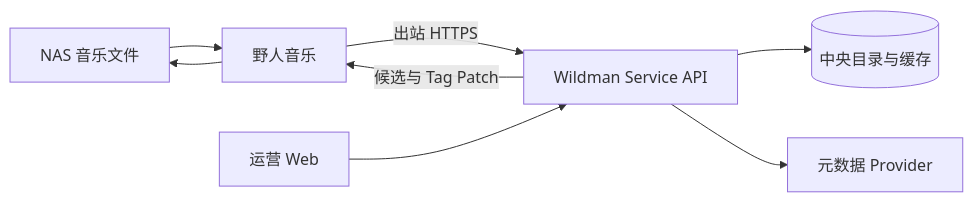
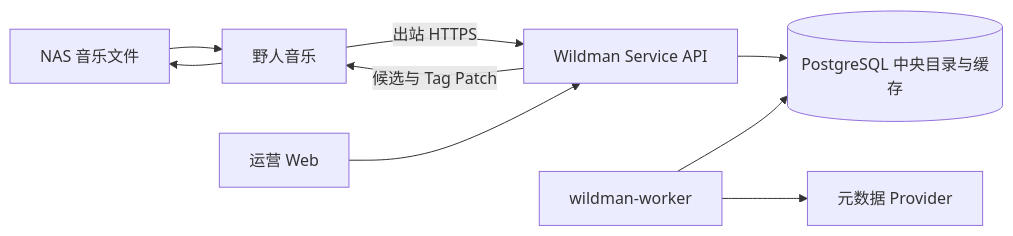
One commit to penkiKi/wildman-service changed the diagram in docs/ARCHITECTURE.md. Above: the diagram before and after it, drawn with Mermaid. The commit also changed other lines of this file and 33 other files, not shown here.

````diff
--- a/docs/ARCHITECTURE.md
+++ b/docs/ARCHITECTURE.md
@@ -7,10 +7,11 @@
 ```mermaid
 flowchart LR
     Files["NAS 音乐文件"] --> WM["野人音乐"]
     WM -->|"出站 HTTPS"| API["Wildman Service API"]
     Operator["运营 Web"] --> API
-    API --> DB[("中央目录与缓存")]
-    API --> Provider["元数据 Provider"]
+    API --> DB[("PostgreSQL 中央目录与缓存")]
+    Worker["wildman-worker"] --> DB
+    Worker --> Provider["元数据 Provider"]
     API -->|"候选与 Tag Patch"| WM
     WM --> Files
 ```
````
